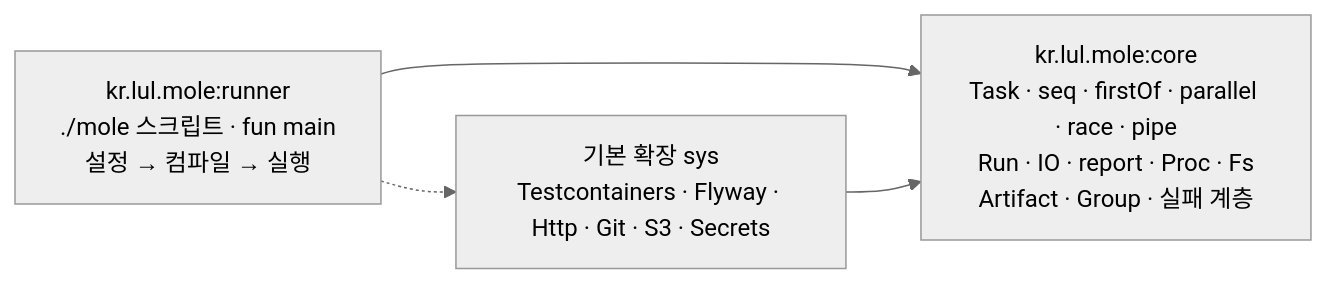
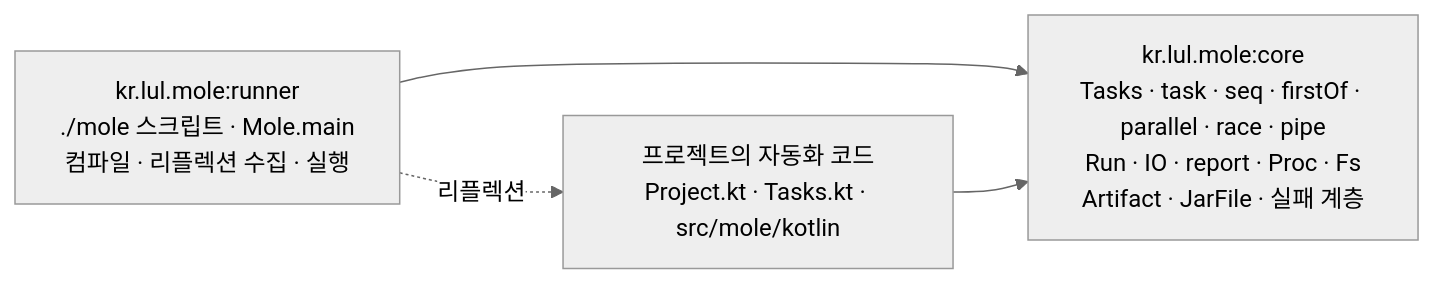
One commit to JustBurrow/JustBurrow.github.io changed the first of 2 diagrams in _posts/2026-09-21-mole-quick-start.md. Above: the diagram before and after it, drawn with Mermaid (neutral theme). The commit also changed other lines of this file, not shown here.

First line of the commit message:
🖊️ 모듈별 Tasks.kt와 리플렉션 실행 모델로 자동화 구조를 다시 씀.

````diff
--- a/_posts/2026-09-21-mole-quick-start.md
+++ b/_posts/2026-09-21-mole-quick-start.md
@@ -24,6 +24,6 @@
 ```mermaid
 flowchart LR
-    runner["kr.lul.mole:runner<br/>./mole 스크립트 · fun main<br/>설정 → 컴파일 → 실행"] --> core["kr.lul.mole:core<br/>Task · seq · firstOf · parallel · race · pipe<br/>Run · IO · report · Proc · Fs<br/>Artifact · Group · 실패 계층"]
-    ext["기본 확장 sys<br/>Testcontainers · Flyway · Http · Git · S3 · Secrets"] --> core
-    runner -.-> ext
+    runner["kr.lul.mole:runner<br/>./mole 스크립트 · Mole.main<br/>컴파일 · 리플렉션 수집 · 실행"] --> core["kr.lul.mole:core<br/>Tasks · task · seq · firstOf · parallel · race · pipe<br/>Run · IO · report · Proc · Fs<br/>Artifact · JarFile · 실패 계층"]
+    code["프로젝트의 자동화 코드<br/>Project.kt · Tasks.kt · src/mole/kotlin"] --> core
+    runner -.->|리플렉션| code
 ```
````
